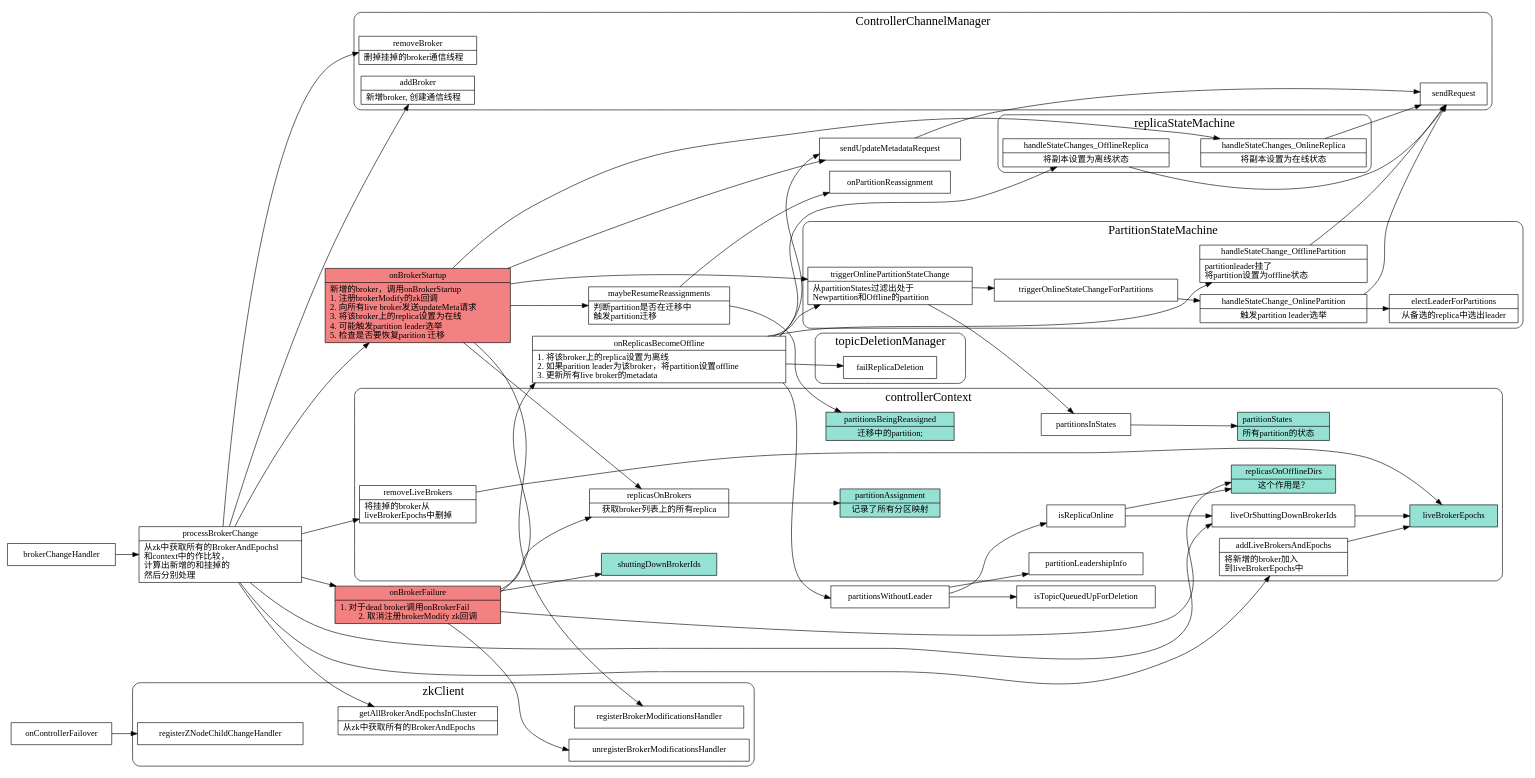
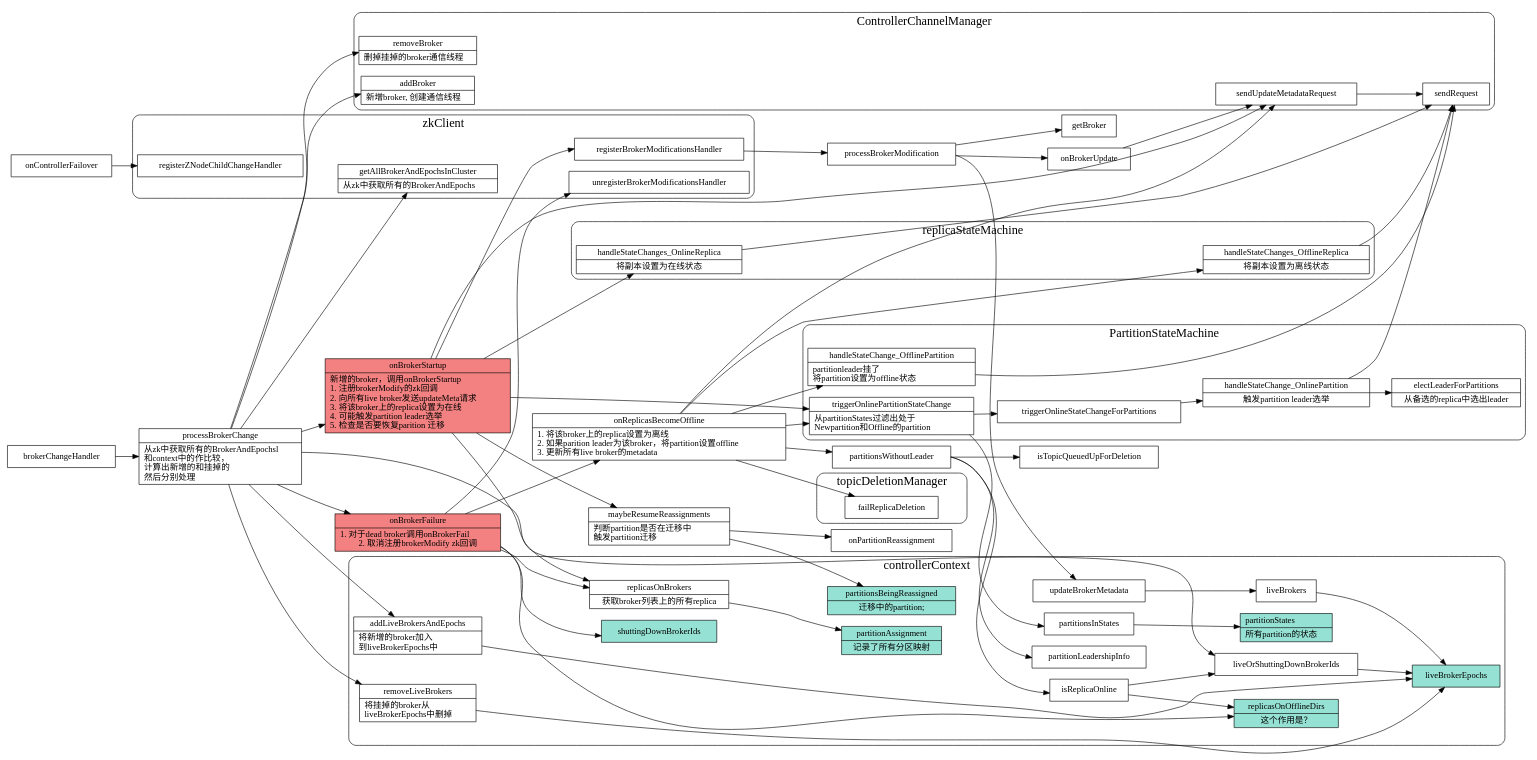
One commit to xieyu/blog changed the diagram in src/kafka/controler-failover-zk-broker.dot. Above: the diagram before and after it, drawn with Graphviz. The commit also changed 17 other files, not shown here.

```diff
--- a/src/kafka/controler-failover-zk-broker.dot
+++ b/src/kafka/controler-failover-zk-broker.dot
@@ -6,6 +6,7 @@
   subgraph cluster_controllerContext {
     graph[label="controllerContext";fontsize=20;style=rounded];
     partitionsInStates -> partitionStates;
+    updateBrokerMetadata -> liveBrokers -> liveBrokerEpochs;
     partitionLeadershipInfo;
     replicasOnOfflineDirs[
       fillcolor="#95e1d3";
@@ -116,6 +117,7 @@
         新增broker, 创建通信线程\l
       }}";
     ];
+    sendUpdateMetadataRequest;
   };
   subgraph cluster_replicaStateMachine {
     graph[label="replicaStateMachine";fontsize=20;style=rounded];
@@ -303,5 +305,13 @@
     unregisterBrokerModificationsHandler;
     registerZNodeChildChangeHandler;
   };
+  registerBrokerModificationsHandler -> processBrokerModification;
+
+  processBrokerModification -> {
+    getBroker;
+    updateBrokerMetadata;
+    onBrokerUpdate;
+  }
+  onBrokerUpdate -> sendUpdateMetadataRequest;
   {rank=same; onBrokerFailure;onBrokerStartup};
 }
```
